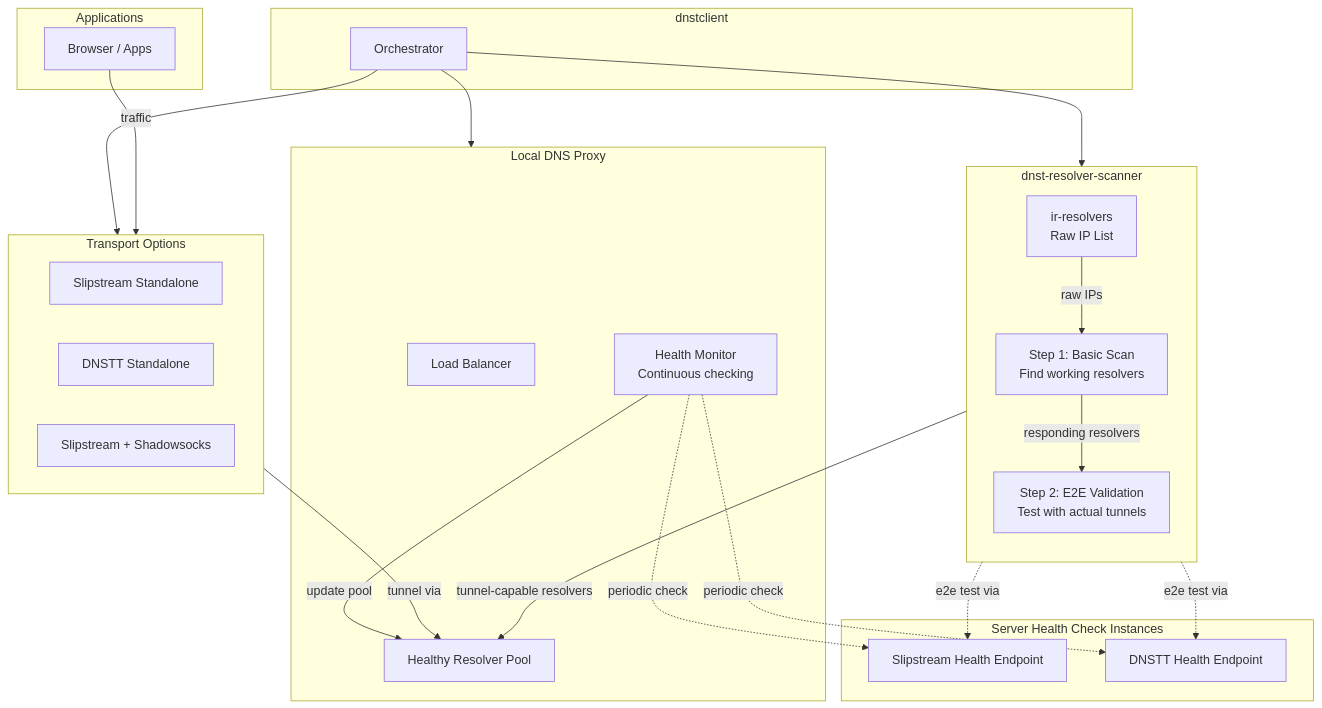
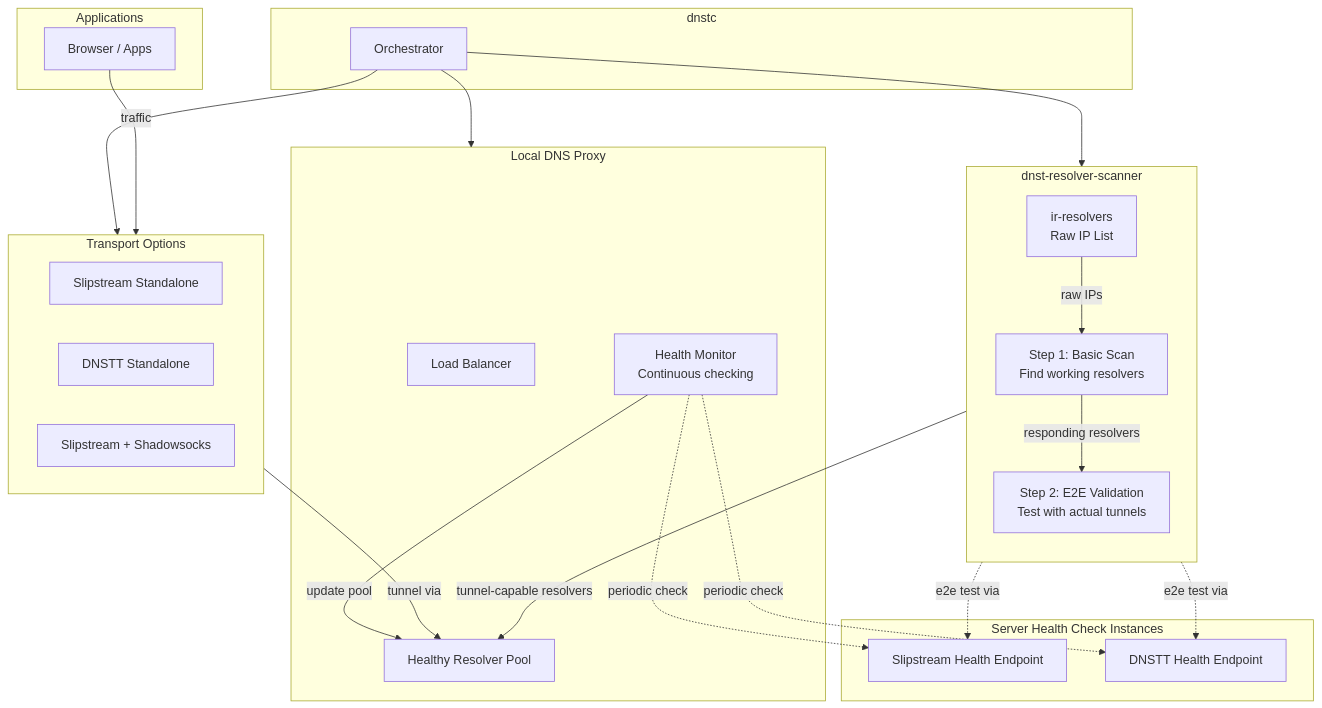
The second of 3 diagrams in profile/README.md (net2share/.github), drawn with Mermaid before and after one commit. The commit also changed other lines of this file, not shown here.

First line of the commit message:
docs: rename dnstclient to dnstc

````diff
--- a/profile/README.md
+++ b/profile/README.md
@@ -193,48 +193,48 @@
 ```mermaid
 flowchart TB
     subgraph scanner["dnst-resolver-scanner"]
         direction TB
         A[ir-resolvers<br/>Raw IP List]
         S1[Step 1: Basic Scan<br/>Find working resolvers]
         S2[Step 2: E2E Validation<br/>Test with actual tunnels]
     end
 
     subgraph dns_proxy["Local DNS Proxy"]
         C[Load Balancer]
         D[Healthy Resolver Pool]
         MON[Health Monitor<br/>Continuous checking]
     end
 
-    subgraph client["dnstclient"]
+    subgraph client["dnstc"]
         E[Orchestrator]
     end
 
     subgraph transports["Transport Options"]
         F[Slipstream Standalone]
         G[DNSTT Standalone]
         H[Slipstream + Shadowsocks]
     end
 
     subgraph apps["Applications"]
         I[Browser / Apps]
     end
 
     subgraph remote["Server Health Check Instances"]
         R1[Slipstream Health Endpoint]
         R2[DNSTT Health Endpoint]
     end
 
     A -->|raw IPs| S1
     S1 -->|responding resolvers| S2
     S2 -->|tunnel-capable resolvers| D
     S2 -.->|e2e test via| R1
     S2 -.->|e2e test via| R2
     MON -->|update pool| D
     MON -.->|periodic check| R1
     MON -.->|periodic check| R2
     E --> scanner
     E --> dns_proxy
     E --> transports
     transports -->|tunnel via| D
     I -->|traffic| transports
 ```
````
